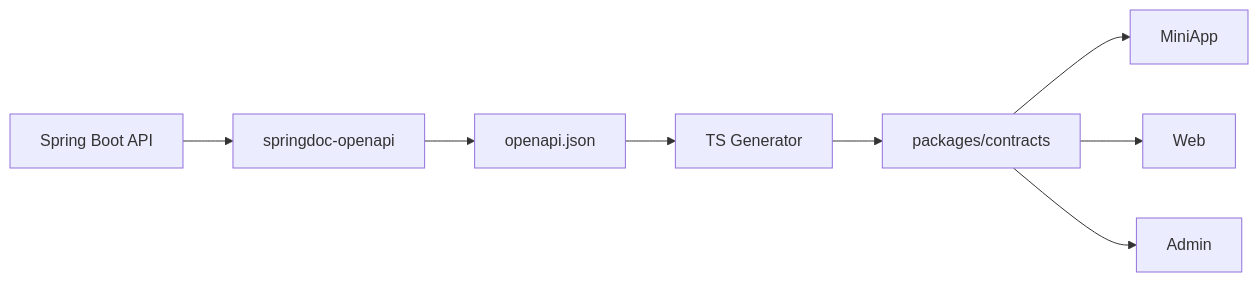
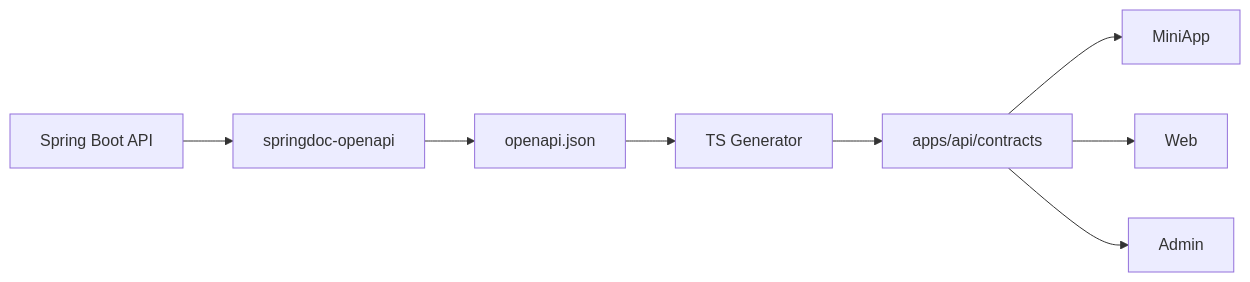
One commit to zhouycheng/QandA changed the second of 2 diagrams in docs/prd/api-mvp.md. Above: the diagram before and after it, drawn with Mermaid. The commit also changed other lines of this file and 106 other files, not shown here.

````diff
--- a/docs/prd/api-mvp.md
+++ b/docs/prd/api-mvp.md
@@ -468,10 +470,10 @@
 ```mermaid
 flowchart LR
     A[Spring Boot API] --> B[springdoc-openapi]
     B --> C[openapi.json]
     C --> D[TS Generator]
-    D --> E[packages/contracts]
+    D --> E[apps/api/contracts]
     E --> F[MiniApp]
     E --> G[Web]
     E --> H[Admin]
 ```
````
